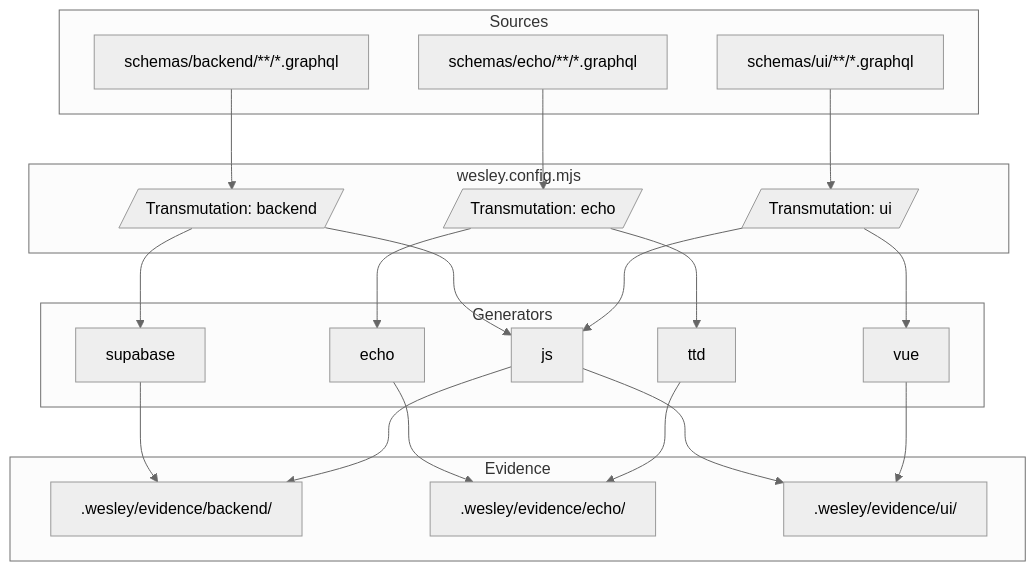
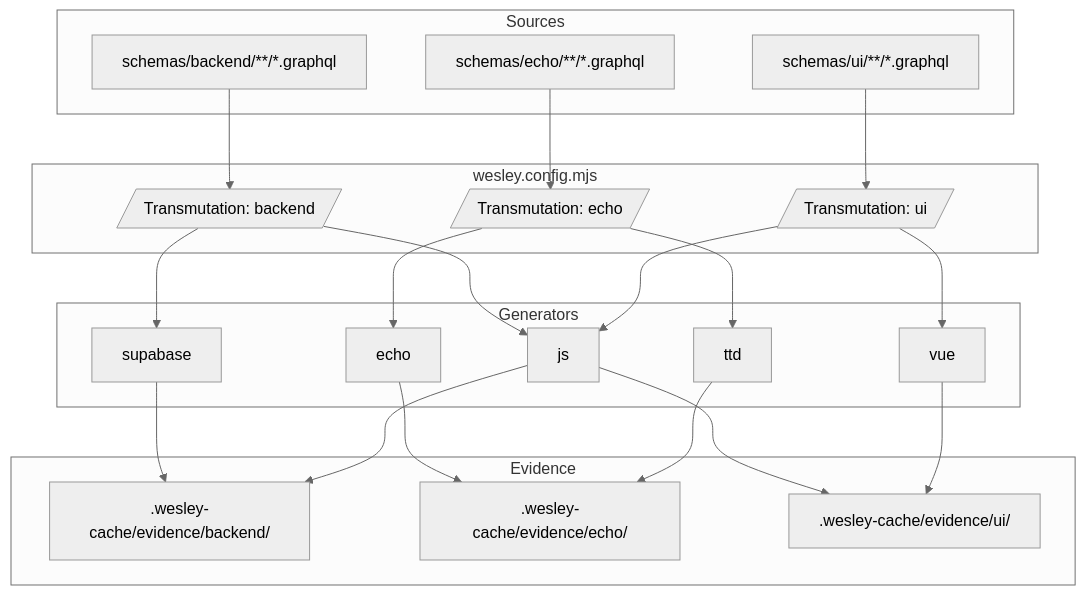
Before and after one commit to flyingrobots/wesley: the first of 8 diagrams in docs/architecture/transmutations.md, drawn with Mermaid (neutral theme). The commit also changed other lines of this file and 23 other files, not shown here.

````diff
--- a/docs/architecture/transmutations.md
+++ b/docs/architecture/transmutations.md
@@ -31,43 +31,43 @@
 ```mermaid
 graph TB
     subgraph "wesley.config.mjs"
         T1[/"Transmutation: backend"/]
         T2[/"Transmutation: echo"/]
         T3[/"Transmutation: ui"/]
     end
 
     subgraph Sources
         S1["schemas/backend/**/*.graphql"]
         S2["schemas/echo/**/*.graphql"]
         S3["schemas/ui/**/*.graphql"]
     end
 
     subgraph Generators
         G1["supabase"]
         G2["js"]
         G3["echo"]
         G4["ttd"]
         G5["vue"]
     end
 
     subgraph Evidence
-        E1[".wesley/evidence/backend/"]
-        E2[".wesley/evidence/echo/"]
-        E3[".wesley/evidence/ui/"]
+        E1[".wesley-cache/evidence/backend/"]
+        E2[".wesley-cache/evidence/echo/"]
+        E3[".wesley-cache/evidence/ui/"]
     end
 
     S1 --> T1
     S2 --> T2
     S3 --> T3
 
     T1 --> G1 & G2
     T2 --> G3 & G4
     T3 --> G2 & G5
 
     G1 --> E1
     G2 --> E1
     G3 --> E2
     G4 --> E2
     G2 --> E3
     G5 --> E3
 ```
````
